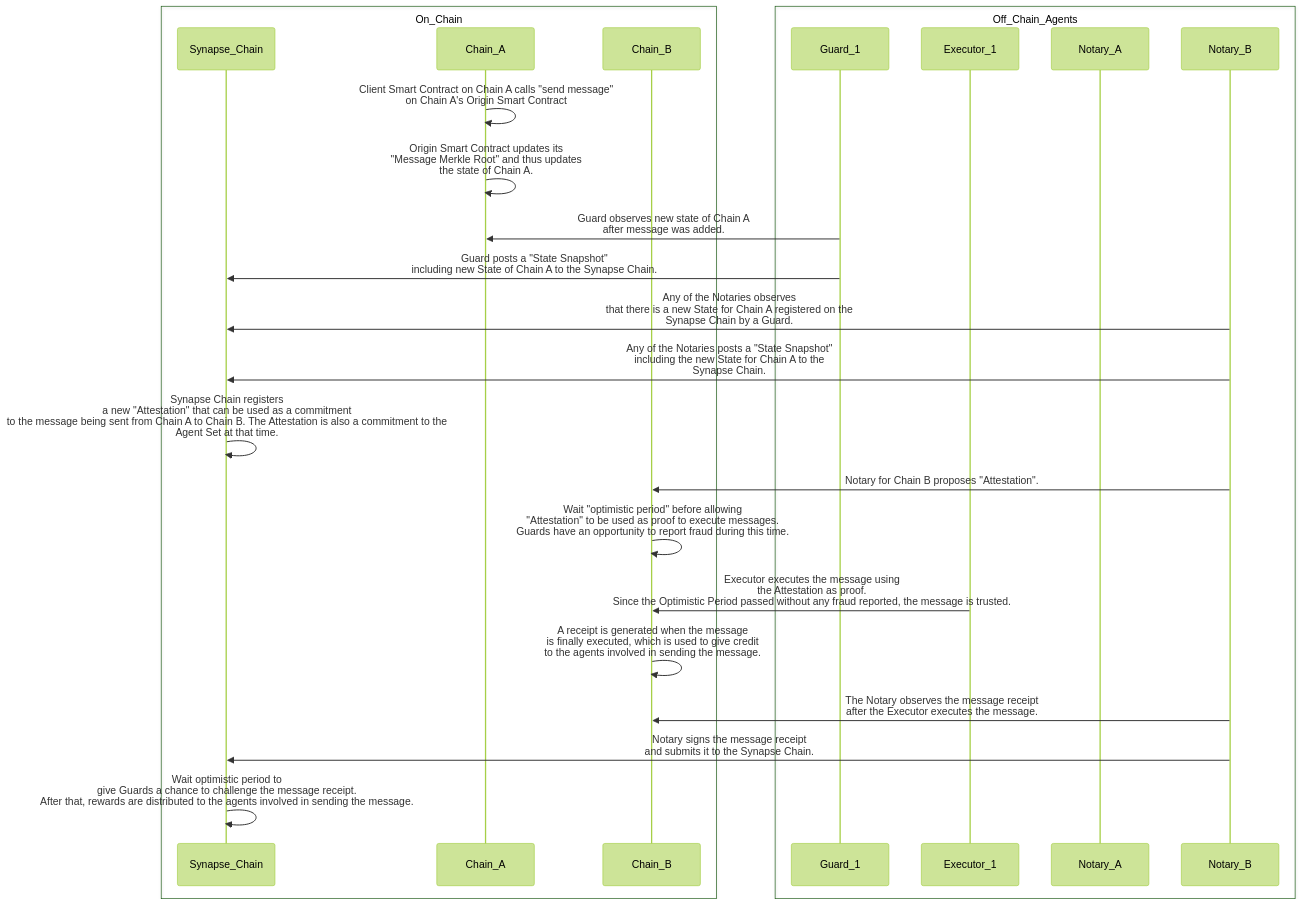
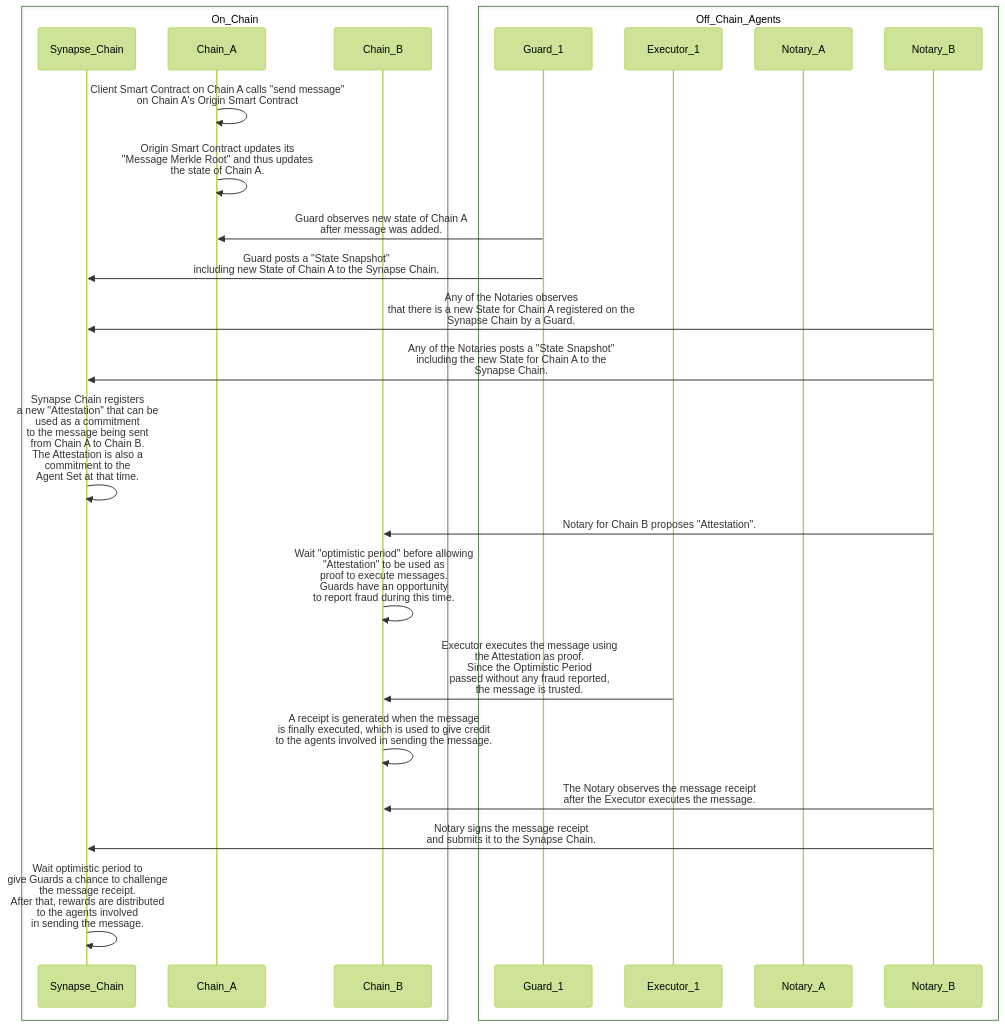
One commit to synapsecns/sanguine changed the eighth of 15 diagrams in packages/docs/docs/consensus/crosschainmessaging.md. Above: the diagram before and after it, drawn with Mermaid (forest theme). The commit also changed other lines of this file and 1 other file, not shown here.

````diff
--- a/packages/docs/docs/consensus/crosschainmessaging.md
+++ b/packages/docs/docs/consensus/crosschainmessaging.md
@@ -480,28 +480,28 @@
 ```mermaid
 sequenceDiagram
     box On_Chain
     participant Synapse_Chain
     participant Chain_A
     participant Chain_B
     end
     box Off_Chain_Agents
     participant Guard_1
     participant Executor_1
     participant Notary_A
     participant Notary_B
     end
     Chain_A->>Chain_A: Client Smart Contract on Chain A calls "send message"<br/> on Chain A's Origin Smart Contract
     Chain_A->>Chain_A: Origin Smart Contract updates its<br/> "Message Merkle Root" and thus updates<br/> the state of Chain A.
     Guard_1->>Chain_A: Guard observes new state of Chain A<br/> after message was added.
     Guard_1->>Synapse_Chain: Guard posts a "State Snapshot"<br/> including new State of Chain A to the Synapse Chain.
     Notary_B->>Synapse_Chain: Any of the Notaries observes<br/> that there is a new State for Chain A registered on the<br/> Synapse Chain by a Guard.
     Notary_B->>Synapse_Chain: Any of the Notaries posts a "State Snapshot"<br/> including the new State for Chain A to the<br/> Synapse Chain.
-    Synapse_Chain->>Synapse_Chain: Synapse Chain registers<br/> a new "Attestation" that can be used as a commitment <br/> to the message being sent from Chain A to Chain B. The Attestation is also a commitment to the <br/>Agent Set at that time.
+    Synapse_Chain->>Synapse_Chain: Synapse Chain registers<br/> a new "Attestation" that can be<br/> used as a commitment <br/> to the message being sent<br/> from Chain A to Chain B. <br/>The Attestation is also a <br/>commitment to the <br/>Agent Set at that time.
     Notary_B->>Chain_B: Notary for Chain B proposes "Attestation".
-    Chain_B->>Chain_B: Wait "optimistic period" before allowing<br/> "Attestation" to be used as proof to execute messages. <br/> Guards have an opportunity to report fraud during this time.
-    Executor_1->>Chain_B: Executor executes the message using<br/> the Attestation as proof. <br/> Since the Optimistic Period passed without any fraud reported, the message is trusted.
+    Chain_B->>Chain_B: Wait "optimistic period" before allowing<br/> "Attestation" to be used as<br/> proof to execute messages. <br/> Guards have an opportunity<br/> to report fraud during this time.
+    Executor_1->>Chain_B: Executor executes the message using<br/> the Attestation as proof. <br/> Since the Optimistic Period<br/> passed without any fraud reported,<br/> the message is trusted.
     Chain_B->>Chain_B: A receipt is generated when the message<br/> is finally executed, which is used to give credit<br/> to the agents involved in sending the message.
     Notary_B->>Chain_B: The Notary observes the message receipt<br/> after the Executor executes the message.
     Notary_B->>Synapse_Chain: Notary signs the message receipt<br/> and submits it to the Synapse Chain.
-    Synapse_Chain->>Synapse_Chain: Wait optimistic period to<br/> give Guards a chance to challenge the message receipt. <br/>After that, rewards are distributed to the agents involved in sending the message.
+    Synapse_Chain->>Synapse_Chain: Wait optimistic period to<br/> give Guards a chance to challenge<br/> the message receipt. <br/>After that, rewards are distributed<br/> to the agents involved<br/> in sending the message.
 ```
````
